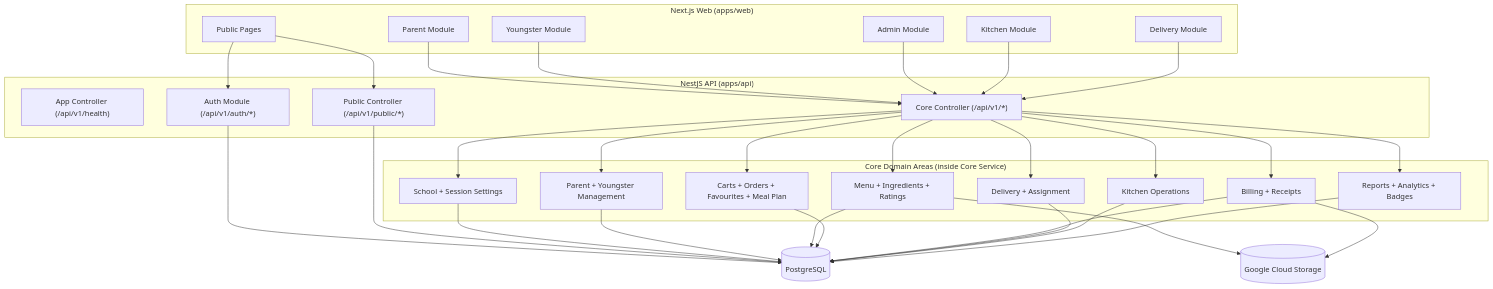
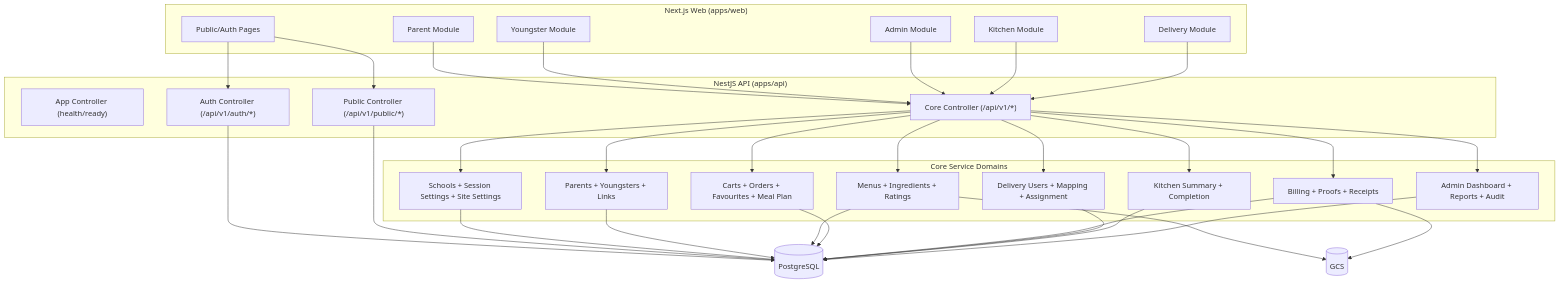
Before and after one commit to Gaia-Digital-Agency/blossom_schoolcatering: the second of 2 diagrams in docs/Features/architecture.md, drawn with Mermaid. The commit also changed other lines of this file and 20 other files, not shown here.

Commit message:
feat(web,api,docs): add delivery notification email and 2-column exports

````diff
--- a/docs/Features/architecture.md
+++ b/docs/Features/architecture.md
@@ -44,63 +43,63 @@
 ```mermaid
 flowchart TB
   subgraph WEB["Next.js Web (apps/web)"]
-    W1["Public Pages"]
+    W1["Public/Auth Pages"]
     W2["Parent Module"]
     W3["Youngster Module"]
     W4["Admin Module"]
     W5["Kitchen Module"]
     W6["Delivery Module"]
   end
 
   subgraph API["NestJS API (apps/api)"]
-    A0["App Controller (/api/v1/health)"]
-    A1["Auth Module (/api/v1/auth/*)"]
+    A0["App Controller (health/ready)"]
+    A1["Auth Controller (/api/v1/auth/*)"]
     A2["Public Controller (/api/v1/public/*)"]
     A3["Core Controller (/api/v1/*)"]
   end
 
-  subgraph CORE_DOMAINS["Core Domain Areas (inside Core Service)"]
-    C1["School + Session Settings"]
-    C2["Parent + Youngster Management"]
-    C3["Menu + Ingredients + Ratings"]
+  subgraph DOMAINS["Core Service Domains"]
+    C1["Schools + Session Settings + Site Settings"]
+    C2["Parents + Youngsters + Links"]
+    C3["Menus + Ingredients + Ratings"]
     C4["Carts + Orders + Favourites + Meal Plan"]
-    C5["Billing + Receipts"]
-    C6["Delivery + Assignment"]
-    C7["Kitchen Operations"]
-    C8["Reports + Analytics + Badges"]
+    C5["Billing + Proofs + Receipts"]
+    C6["Delivery Users + Mapping + Assignment"]
+    C7["Kitchen Summary + Completion"]
+    C8["Admin Dashboard + Reports + Audit"]
   end
 
   DB[(PostgreSQL)]
-  GCS[(Google Cloud Storage)]
+  GCS[(GCS)]
 
   W1 --> A1
   W1 --> A2
   W2 --> A3
   W3 --> A3
   W4 --> A3
   W5 --> A3
   W6 --> A3
 
   A3 --> C1
   A3 --> C2
   A3 --> C3
   A3 --> C4
   A3 --> C5
   A3 --> C6
   A3 --> C7
   A3 --> C8
 
   A1 --> DB
   A2 --> DB
   C1 --> DB
   C2 --> DB
   C3 --> DB
   C4 --> DB
   C5 --> DB
   C6 --> DB
   C7 --> DB
   C8 --> DB
 
   C3 --> GCS
   C5 --> GCS
 ```
````
